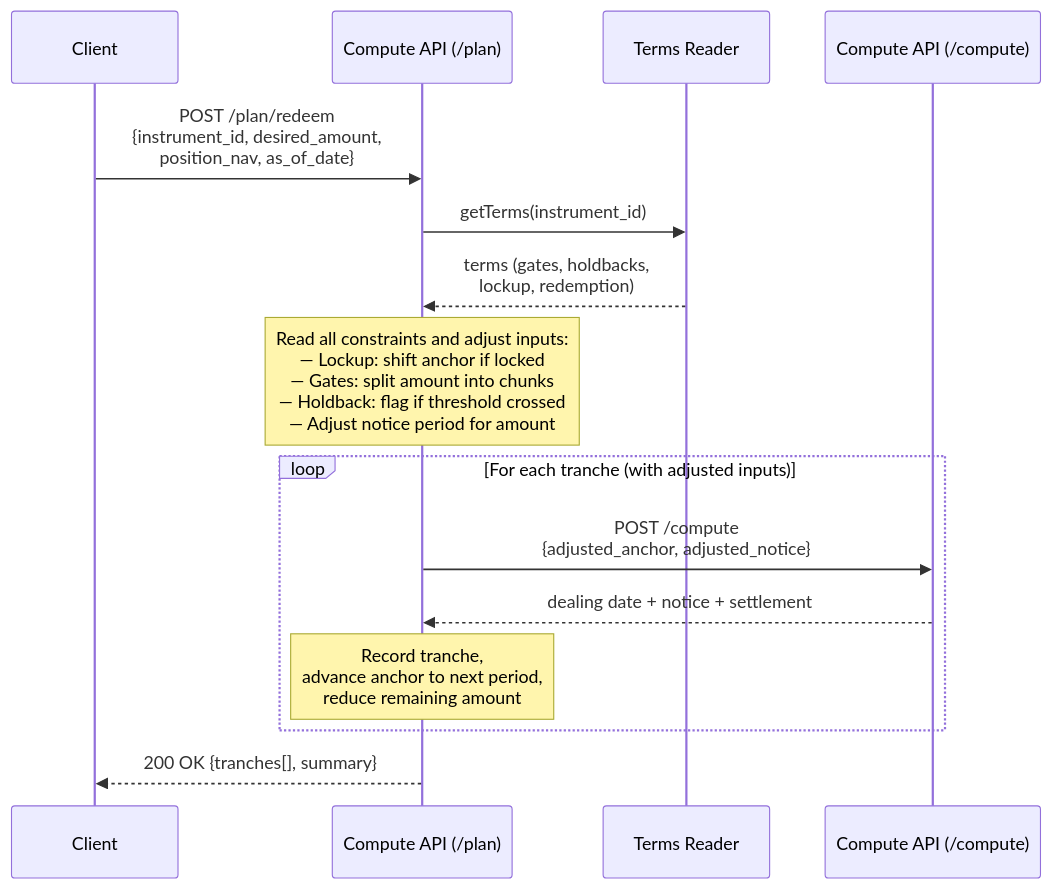
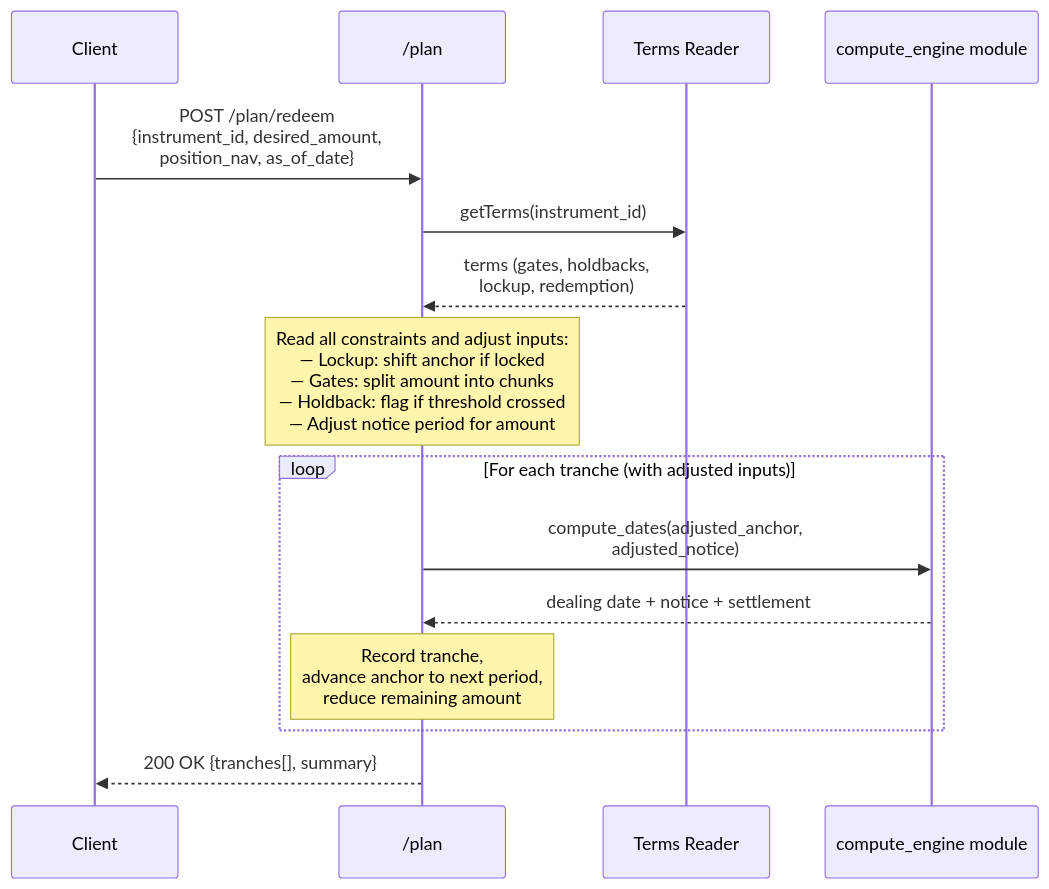
Before and after one commit to Ashu290905/OSYTE: the third of 4 diagrams in lcs-main/docs/architecture.md, drawn with Mermaid. The commit also changed other lines of this file, not shown here.

First line of the commit message:
Compute engine as shared module with codebase structure

````diff
--- a/lcs-main/docs/architecture.md
+++ b/lcs-main/docs/architecture.md
@@ -235,22 +256,22 @@
 ```mermaid
 sequenceDiagram
     participant Client
-    participant Plan as Compute API (/plan)
+    participant Plan as /plan
     participant TR as Terms Reader
-    participant Comp as Compute API (/compute)
+    participant CE as compute_engine module
 
     Client->>Plan: POST /plan/redeem<br/>{instrument_id, desired_amount,<br/> position_nav, as_of_date}
 
     Plan->>TR: getTerms(instrument_id)
     TR-->>Plan: terms (gates, holdbacks,<br/>lockup, redemption)
 
     Note over Plan: Read all constraints and adjust inputs:<br/>— Lockup: shift anchor if locked<br/>— Gates: split amount into chunks<br/>— Holdback: flag if threshold crossed<br/>— Adjust notice period for amount
 
     loop For each tranche (with adjusted inputs)
-        Plan->>Comp: POST /compute<br/>{adjusted_anchor, adjusted_notice}
-        Comp-->>Plan: dealing date + notice + settlement
+        Plan->>CE: compute_dates(adjusted_anchor,<br/>adjusted_notice)
+        CE-->>Plan: dealing date + notice + settlement
         Note over Plan: Record tranche,<br/>advance anchor to next period,<br/>reduce remaining amount
     end
 
     Plan-->>Client: 200 OK {tranches[], summary}
 ```
````
